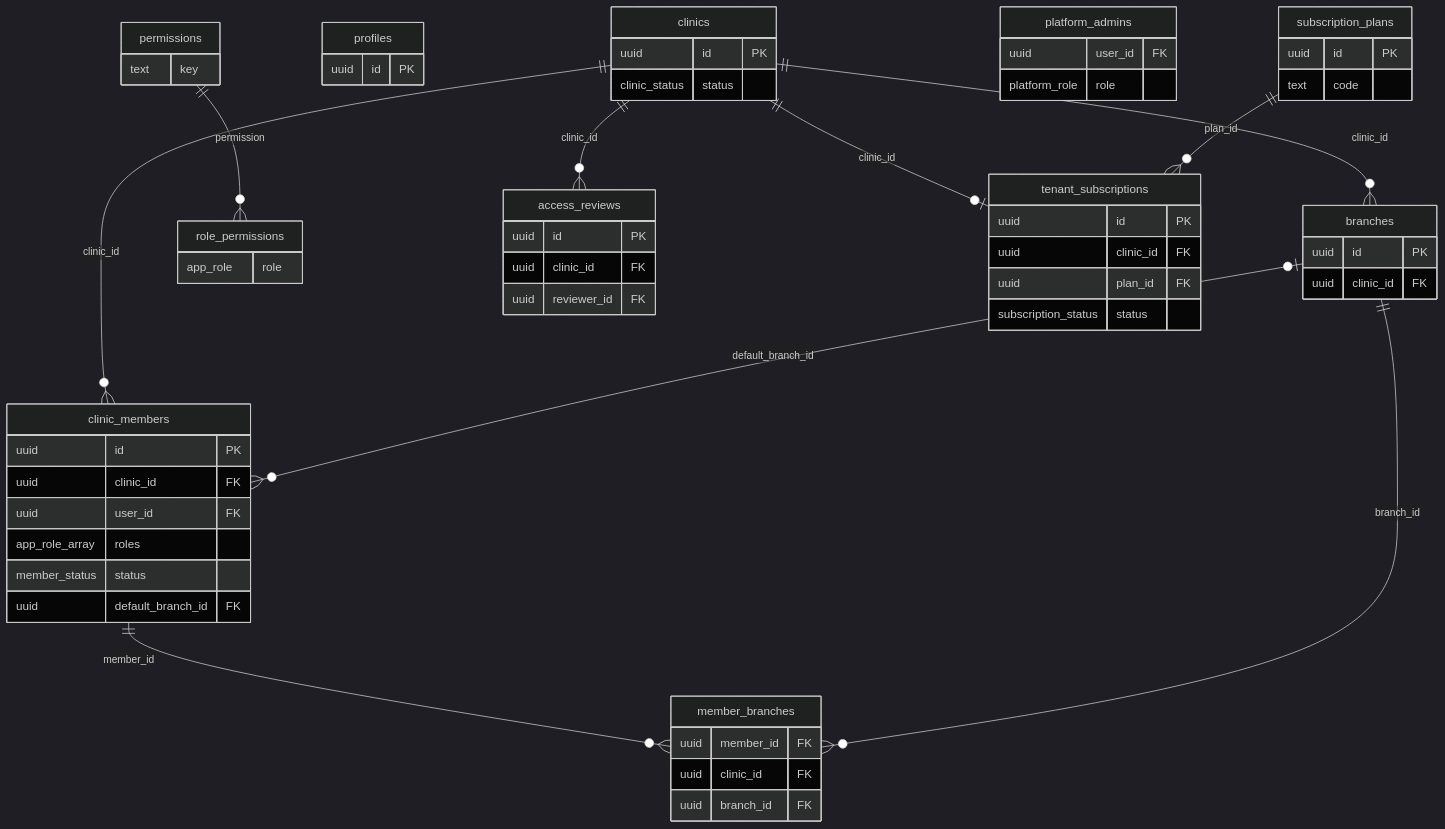
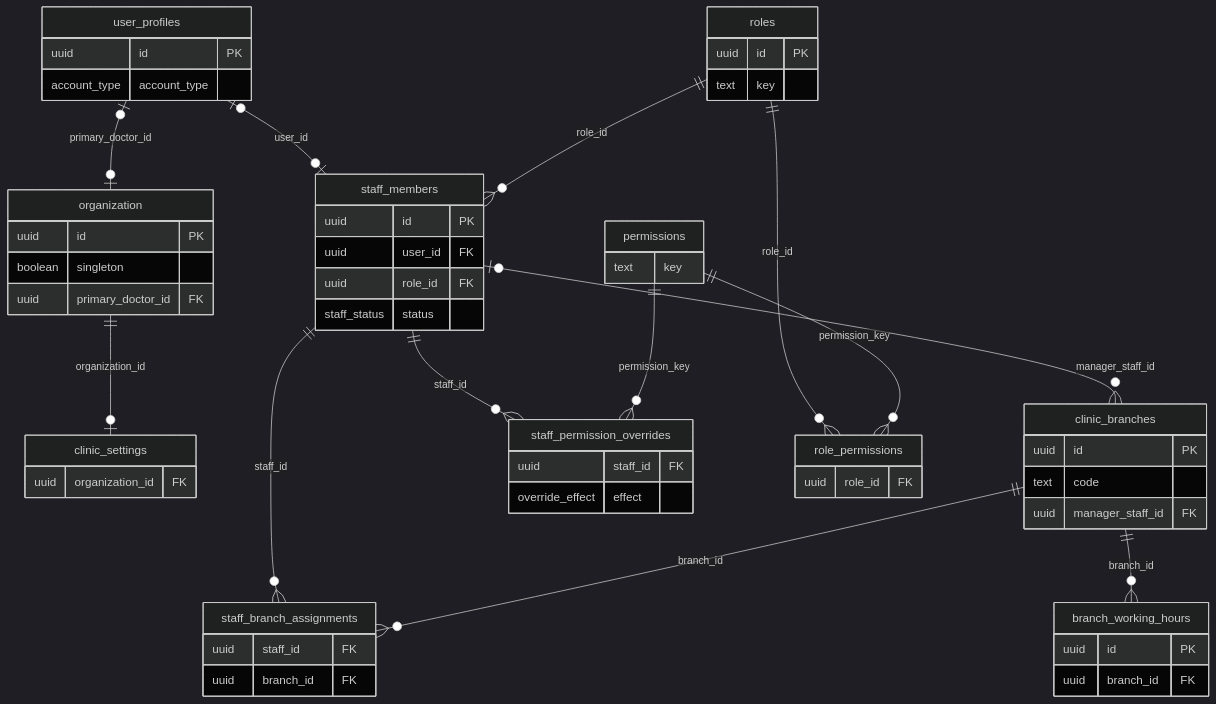
One commit to Vxoratech/drujjwalkarangale changed the first of 5 diagrams in docs/ERD.md. Above: the diagram before and after it, drawn with Mermaid (dark theme). The commit also changed other lines of this file and 153 other files, not shown here.

First line of the commit message:
Rebuild Vaidyora as a single-doctor, multi-branch clinic

````diff
--- a/docs/ERD.md
+++ b/docs/ERD.md
@@ -9,61 +9,60 @@
 ```mermaid
 erDiagram
-  clinics {
+  organization {
     uuid id PK
-    clinic_status status
+    boolean singleton
+    uuid primary_doctor_id FK
   }
-  branches {
+  clinic_settings {
+    uuid organization_id FK
+  }
+  clinic_branches {
     uuid id PK
-    uuid clinic_id FK
+    text code
+    uuid manager_staff_id FK
   }
-  clinic_members {
+  branch_working_hours {
     uuid id PK
-    uuid clinic_id FK
-    uuid user_id FK
-    app_role_array roles
-    member_status status
-    uuid default_branch_id FK
-  }
-  member_branches {
-    uuid member_id FK
-    uuid clinic_id FK
     uuid branch_id FK
   }
-  profiles {
+  user_profiles {
     uuid id PK
+    account_type account_type
+  }
+  staff_members {
+    uuid id PK
+    uuid user_id FK
+    uuid role_id FK
+    staff_status status
+  }
+  staff_branch_assignments {
+    uuid staff_id FK
+    uuid branch_id FK
+  }
+  staff_permission_overrides {
+    uuid staff_id FK
+    override_effect effect
+  }
+  roles {
+    uuid id PK
+    text key
+  }
+  role_permissions {
+    uuid role_id FK
   }
   permissions {
     text key
   }
-  role_permissions {
-    app_role role
-  }
-  access_reviews {
-    uuid id PK
-    uuid clinic_id FK
-    uuid reviewer_id FK
-  }
-  platform_admins {
-    uuid user_id FK
-    platform_role role
-  }
-  subscription_plans {
-    uuid id PK
-    text code
-  }
-  tenant_subscriptions {
-    uuid id PK
-    uuid clinic_id FK
-    uuid plan_id FK
-    subscription_status status
-  }
-  clinics ||--o{ branches : "clinic_id"
-  clinics ||--o{ clinic_members : "clinic_id"
-  branches |o--o{ clinic_members : "default_branch_id"
-  permissions ||--o{ role_permissions : "permission"
-  clinic_members ||--o{ member_branches : "member_id"
-  branches ||--o{ member_branches : "branch_id"
-  clinics ||--o| tenant_subscriptions : "clinic_id"
-  subscription_plans ||--o{ tenant_subscriptions : "plan_id"
-  clinics ||--o{ access_reviews : "clinic_id"
+  user_profiles |o--o| organization : "primary_doctor_id"
+  organization ||--o| clinic_settings : "organization_id"
+  clinic_branches ||--o{ branch_working_hours : "branch_id"
+  roles ||--o{ role_permissions : "role_id"
+  permissions ||--o{ role_permissions : "permission_key"
+  user_profiles |o--o| staff_members : "user_id"
+  roles ||--o{ staff_members : "role_id"
+  staff_members ||--o{ staff_branch_assignments : "staff_id"
+  clinic_branches ||--o{ staff_branch_assignments : "branch_id"
+  staff_members ||--o{ staff_permission_overrides : "staff_id"
+  permissions ||--o{ staff_permission_overrides : "permission_key"
+  staff_members |o--o{ clinic_branches : "manager_staff_id"
 ```
````
